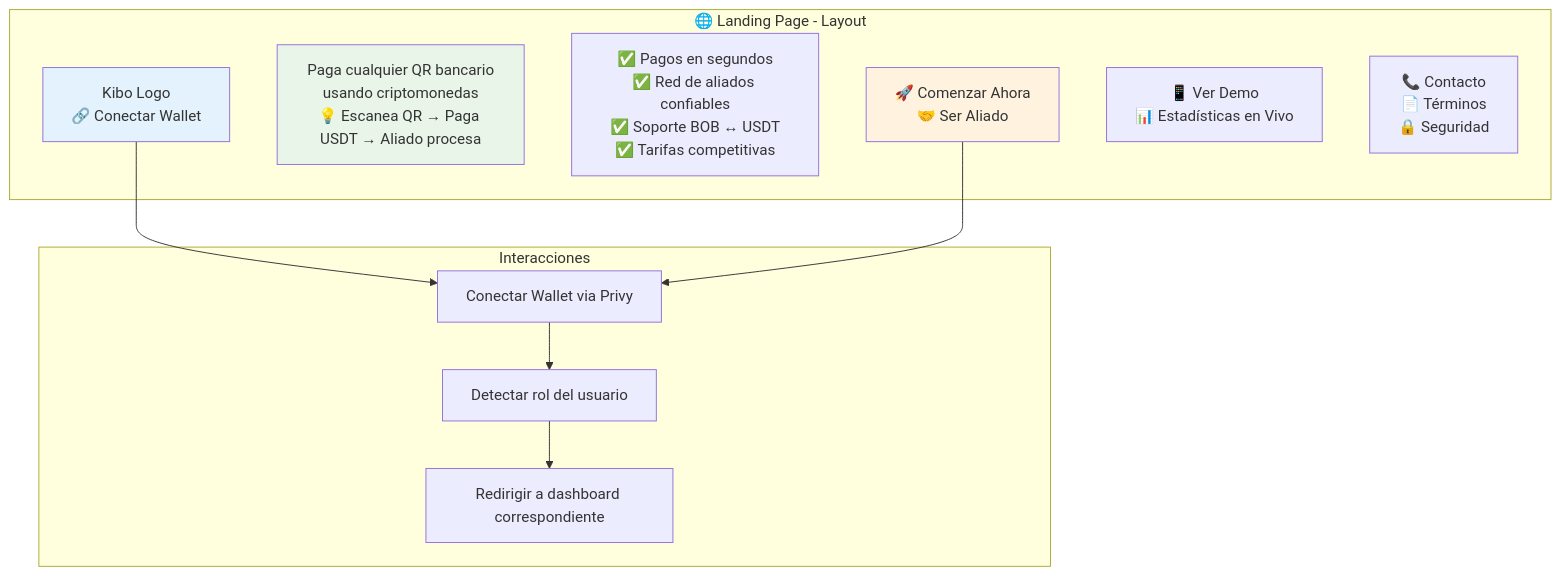
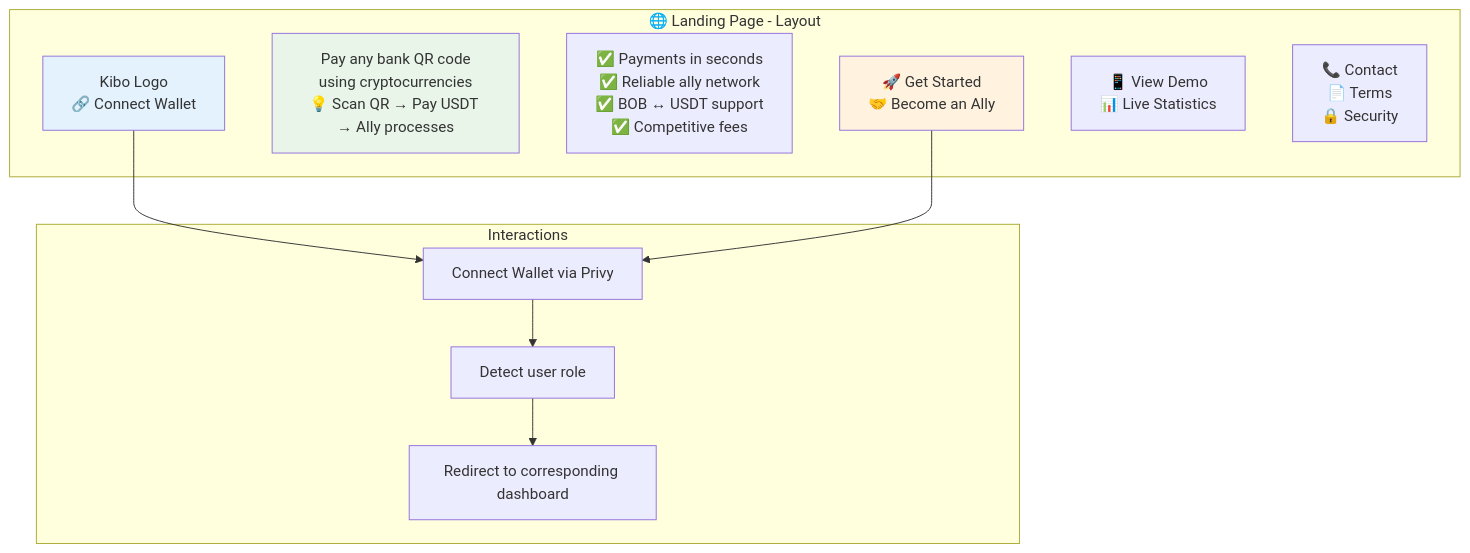
One commit to kibo-project/Kibo-Wiki changed the fourth of 5 diagrams in 04-navegacion-ux.md. Above: the diagram before and after it, drawn with Mermaid. The commit also changed other lines of this file and 5 other files, not shown here.

````diff
--- a/04-navegacion-ux.md
+++ b/04-navegacion-ux.md
@@ -200,27 +200,27 @@
 ```mermaid
 graph TB
     subgraph "🌐 Landing Page - Layout"
-        HEADER[Kibo Logo\n🔗 Conectar Wallet]
-        HERO[Paga cualquier QR bancario\nusando criptomonedas\n💡 Escanea QR → Paga USDT → Aliado procesa]
-        FEATURES[✅ Pagos en segundos\n✅ Red de aliados confiables\n✅ Soporte BOB ↔ USDT\n✅ Tarifas competitivas]
-        CTA_SECTION[🚀 Comenzar Ahora\n🤝 Ser Aliado]
-        DEMO[📱 Ver Demo\n📊 Estadísticas en Vivo]
-        FOOTER[📞 Contacto\n📄 Términos\n🔒 Seguridad]
+        HEADER[Kibo Logo\n🔗 Connect Wallet]
+        HERO[Pay any bank QR code\nusing cryptocurrencies\n💡 Scan QR → Pay USDT → Ally processes]
+        FEATURES[✅ Payments in seconds\n✅ Reliable ally network\n✅ BOB ↔ USDT support\n✅ Competitive fees]
+        CTA_SECTION[🚀 Get Started\n🤝 Become an Ally]
+        DEMO[📱 View Demo\n📊 Live Statistics]
+        FOOTER[📞 Contact\n📄 Terms\n🔒 Security]
     end
     
-    subgraph "Interacciones"
-        CONNECT_WALLET[Conectar Wallet via Privy]
-        ROLE_DETECTION[Detectar rol del usuario]
-        REDIRECT_DASHBOARD[Redirigir a dashboard correspondiente]
+    subgraph "Interactions"
+        CONNECT_WALLET[Connect Wallet via Privy]
+        ROLE_DETECTION[Detect user role]
+        REDIRECT_DASHBOARD[Redirect to corresponding dashboard]
     end
 
     HEADER --> CONNECT_WALLET
     CTA_SECTION --> CONNECT_WALLET
     CONNECT_WALLET --> ROLE_DETECTION
     ROLE_DETECTION --> REDIRECT_DASHBOARD
 
-    %% Estilos personalizados
+    %% Custom styles
     style HEADER fill:#e3f2fd
     style HERO fill:#e8f5e8
     style CTA_SECTION fill:#fff3e0
 ```
````
